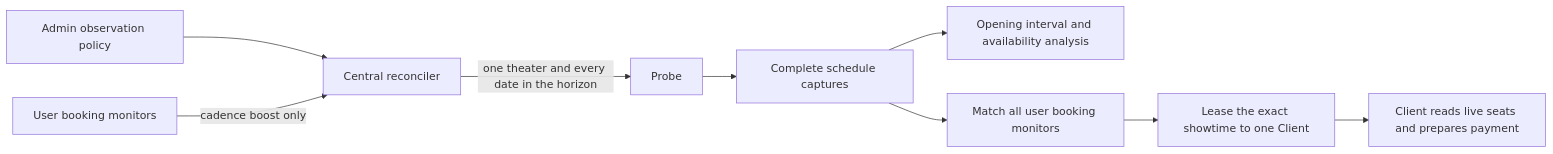
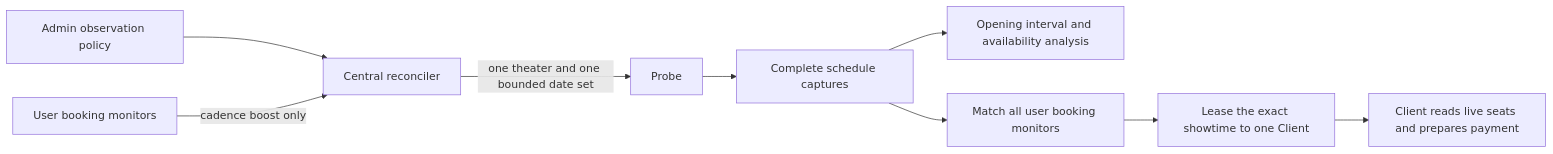
The diagram in docs/observations.md (cineko-org/central), drawn with Mermaid before and after one commit. The commit also changed other lines of this file and 87 other files, not shown here.

````diff
--- a/docs/observations.md
+++ b/docs/observations.md
@@ -3,11 +3,11 @@
 ```mermaid
 flowchart LR
     A["Admin observation policy"] --> B["Central reconciler"]
     C["User booking monitors"] -->|"cadence boost only"| B
-    B -->|"one theater and every date in the horizon"| D["Probe"]
+    B -->|"one theater and one bounded date set"| D["Probe"]
     D --> E["Complete schedule captures"]
     E --> F["Opening interval and availability analysis"]
     E --> G["Match all user booking monitors"]
     G --> H["Lease the exact showtime to one Client"]
     H --> I["Client reads live seats and prepares payment"]
 ```
````
